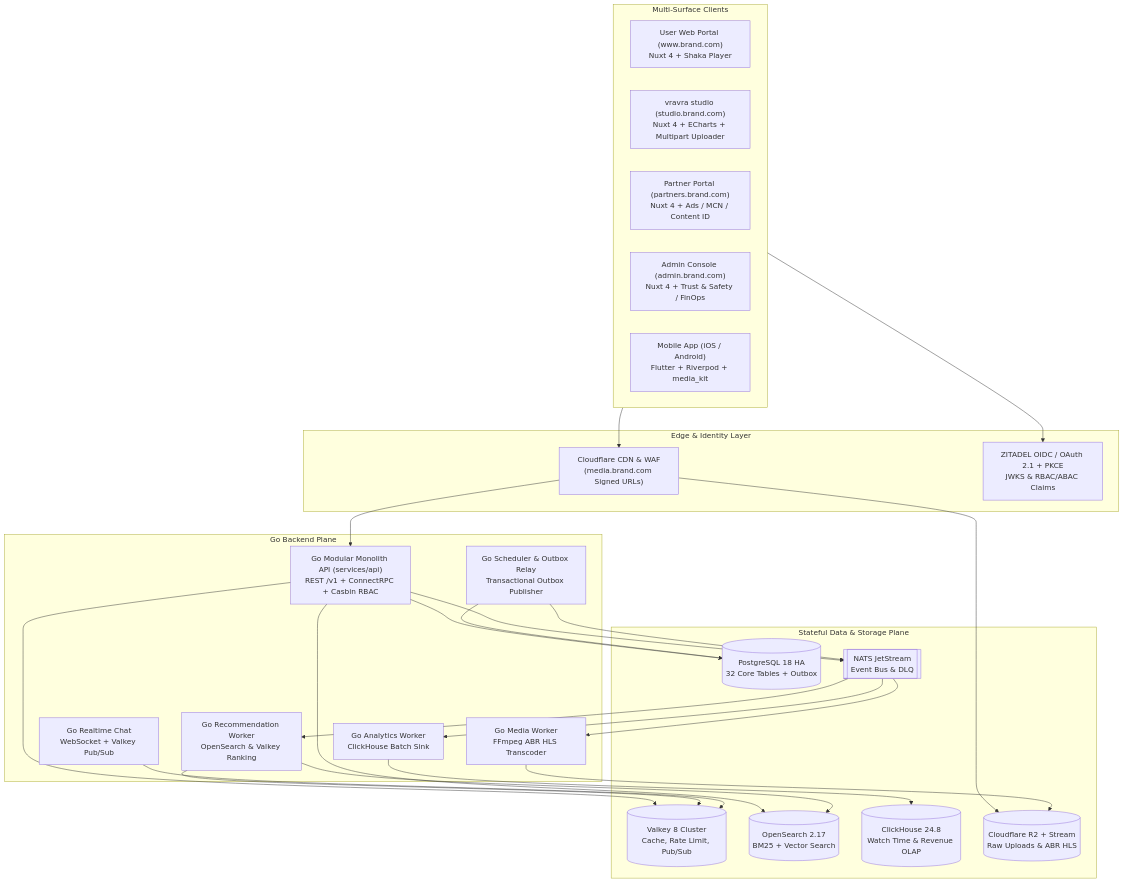
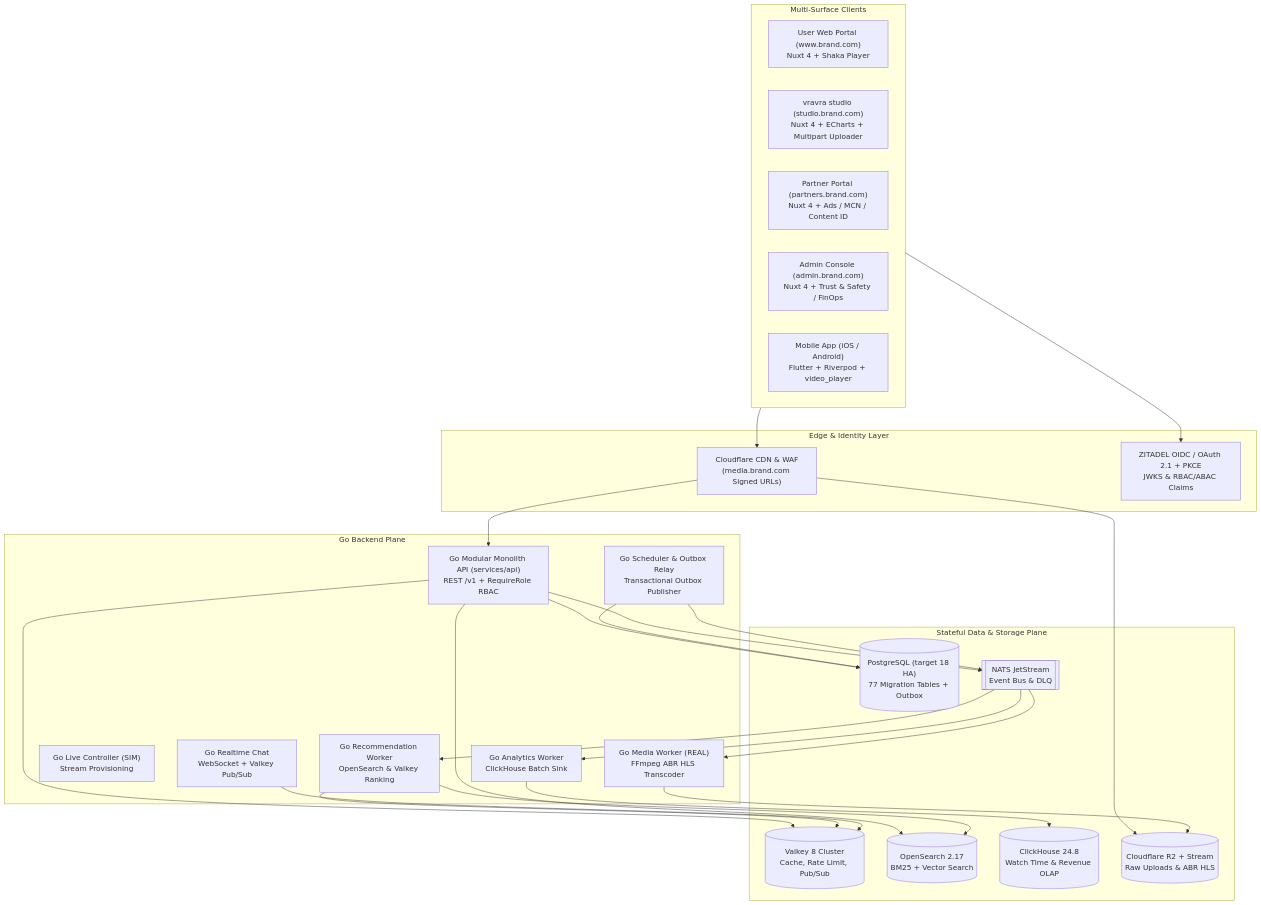
The first of 2 diagrams in docs/architecture/SYSTEM_ARCHITECTURE.md (dnjstjqppk-dev/video), drawn with Mermaid before and after one commit. The commit also changed other lines of this file and 34 other files, not shown here.

````diff
--- a/docs/architecture/SYSTEM_ARCHITECTURE.md
+++ b/docs/architecture/SYSTEM_ARCHITECTURE.md
@@ -24,52 +29,53 @@
 ```mermaid
 flowchart TD
   subgraph Clients["Multi-Surface Clients"]
     Web["User Web Portal (www.brand.com)<br/>Nuxt 4 + Shaka Player"]
     Studio["vravra studio (studio.brand.com)<br/>Nuxt 4 + ECharts + Multipart Uploader"]
     Partners["Partner Portal (partners.brand.com)<br/>Nuxt 4 + Ads / MCN / Content ID"]
     Admin["Admin Console (admin.brand.com)<br/>Nuxt 4 + Trust & Safety / FinOps"]
-    Mobile["Mobile App (iOS / Android)<br/>Flutter + Riverpod + media_kit"]
+    Mobile["Mobile App (iOS / Android)<br/>Flutter + Riverpod + video_player"]
   end
 
   subgraph Edge["Edge & Identity Layer"]
     CF["Cloudflare CDN & WAF<br/>(media.brand.com Signed URLs)"]
     Zitadel["ZITADEL OIDC / OAuth 2.1 + PKCE<br/>JWKS & RBAC/ABAC Claims"]
   end
 
   subgraph Backend["Go Backend Plane"]
-    API["Go Modular Monolith API (services/api)<br/>REST /v1 + ConnectRPC + Casbin RBAC"]
-    MediaW["Go Media Worker<br/>FFmpeg ABR HLS Transcoder"]
+    API["Go Modular Monolith API (services/api)<br/>REST /v1 + RequireRole RBAC"]
+    MediaW["Go Media Worker (REAL)<br/>FFmpeg ABR HLS Transcoder"]
+    LiveW["Go Live Controller (SIM)<br/>Stream Provisioning"]
     ChatW["Go Realtime Chat<br/>WebSocket + Valkey Pub/Sub"]
     AnalyticsW["Go Analytics Worker<br/>ClickHouse Batch Sink"]
     RecW["Go Recommendation Worker<br/>OpenSearch & Valkey Ranking"]
     Sched["Go Scheduler & Outbox Relay<br/>Transactional Outbox Publisher"]
   end
 
   subgraph Data["Stateful Data & Storage Plane"]
-    PG[("PostgreSQL 18 HA<br/>32 Core Tables + Outbox")]
+    PG[("PostgreSQL (target 18 HA)<br/>77 Migration Tables + Outbox")]
     VK[("Valkey 8 Cluster<br/>Cache, Rate Limit, Pub/Sub")]
     NATS[["NATS JetStream<br/>Event Bus & DLQ"]]
     OS[("OpenSearch 2.17<br/>BM25 + Vector Search")]
     CH[("ClickHouse 24.8<br/>Watch Time & Revenue OLAP")]
     R2[("Cloudflare R2 + Stream<br/>Raw Uploads & ABR HLS")]
   end
 
   Clients --> CF
   Clients --> Zitadel
   CF --> API
   CF --> R2
   API --> PG
   API --> VK
   API --> NATS
   API --> OS
   Sched --> PG
   Sched --> NATS
   NATS --> MediaW
   NATS --> AnalyticsW
   NATS --> RecW
   MediaW --> R2
   AnalyticsW --> CH
   RecW --> OS
   RecW --> VK
   ChatW --> VK
 ```
````
